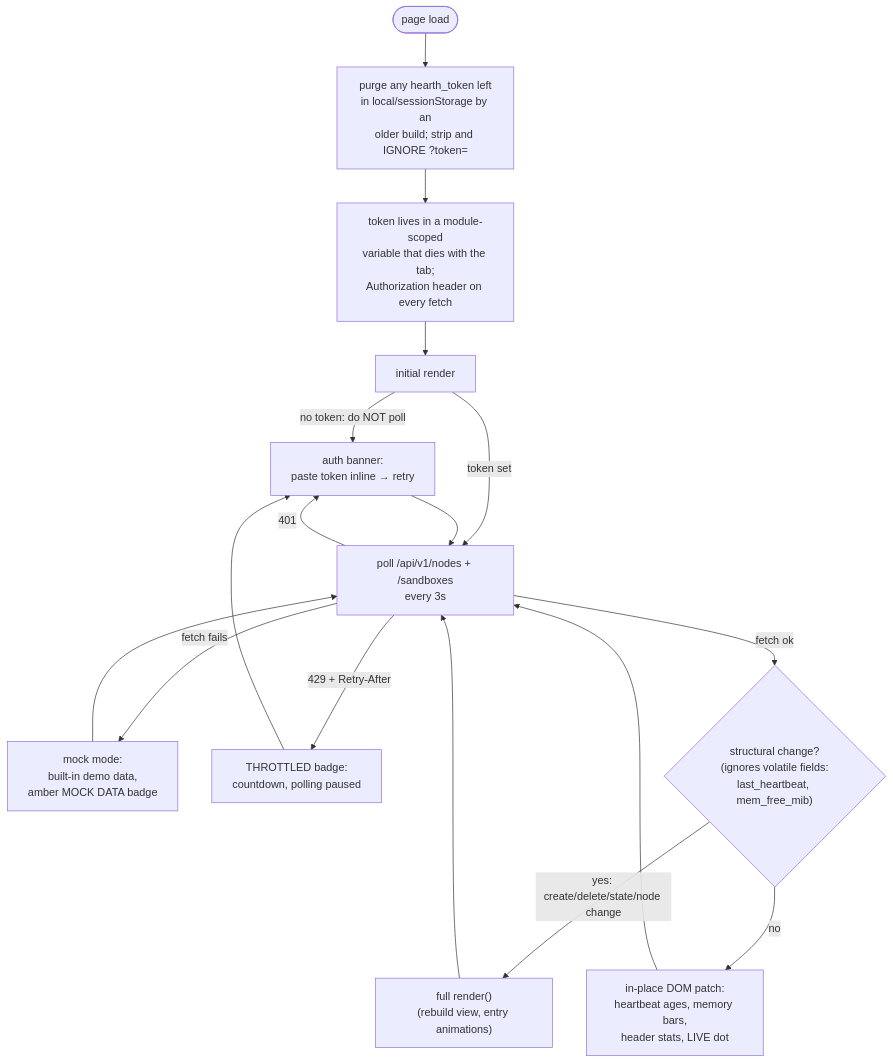
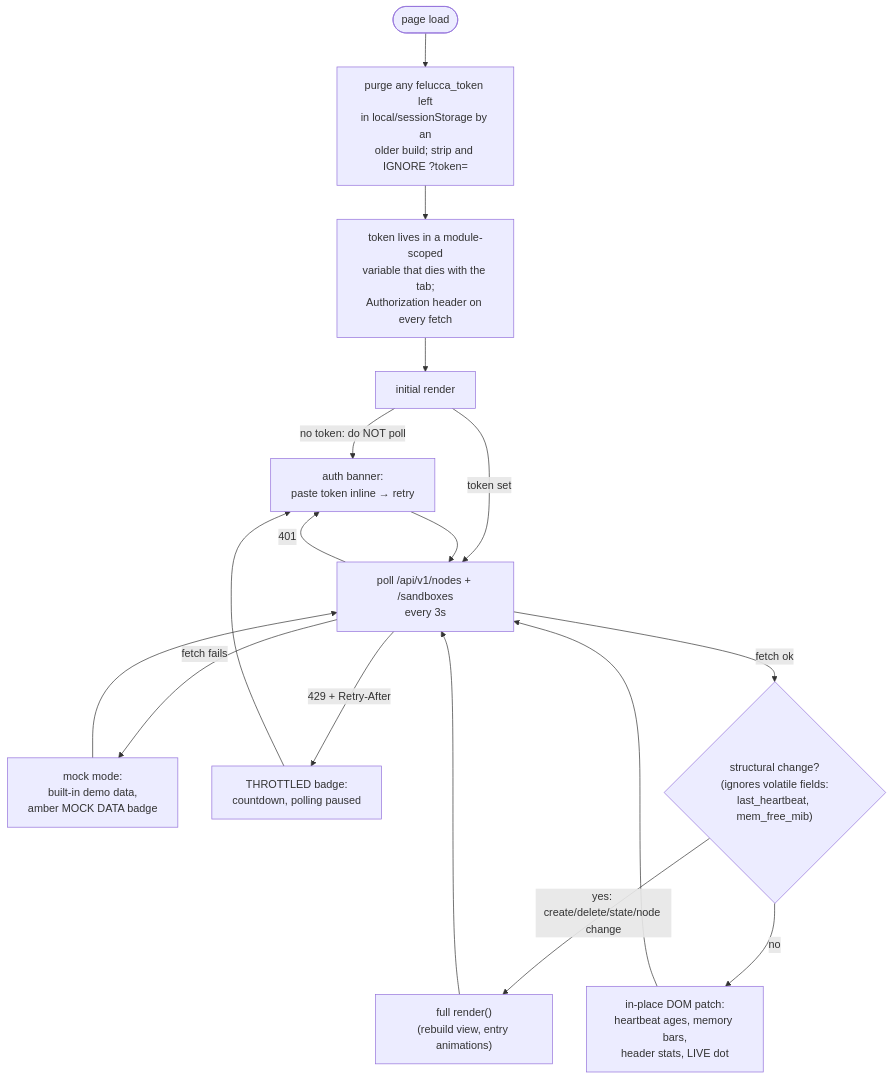
One commit to Sodoko-dev/felucca changed the tenth of 11 diagrams in docs/ARCHITECTURE.md. Above: the diagram before and after it, drawn with Mermaid. The commit also changed other lines of this file and 192 other files, not shown here.

````diff
--- a/docs/ARCHITECTURE.md
+++ b/docs/ARCHITECTURE.md
@@ -476,19 +476,19 @@
 ```mermaid
 flowchart TD
-    START(["page load"]) --> PURGE["purge any hearth_token left<br/>in local/sessionStorage by an<br/>older build; strip and IGNORE ?token="]
+    START(["page load"]) --> PURGE["purge any felucca_token left<br/>in local/sessionStorage by an<br/>older build; strip and IGNORE ?token="]
     PURGE --> TOK["token lives in a module-scoped<br/>variable that dies with the tab;<br/>Authorization header on every fetch"]
     TOK --> R0["initial render"]
     R0 -->|"no token: do NOT poll"| BANNER
     R0 -->|token set| P["poll /api/v1/nodes + /sandboxes<br/>every 3s"]
     P -->|fetch fails| MOCK["mock mode:<br/>built-in demo data,<br/>amber MOCK DATA badge"]
     MOCK --> P
     P -->|"401"| BANNER["auth banner:<br/>paste token inline → retry"]
     P -->|"429 + Retry-After"| THROTTLED["THROTTLED badge:<br/>countdown, polling paused"]
     THROTTLED --> BANNER
     BANNER --> P
     P -->|fetch ok| DIFF{"structural change?<br/>(ignores volatile fields:<br/>last_heartbeat, mem_free_mib)"}
     DIFF -->|yes: create/delete/state/node change| FULL["full render()<br/>(rebuild view, entry animations)"]
     DIFF -->|no| PATCH["in-place DOM patch:<br/>heartbeat ages, memory bars,<br/>header stats, LIVE dot"]
     FULL --> P
     PATCH --> P
 ```
````
